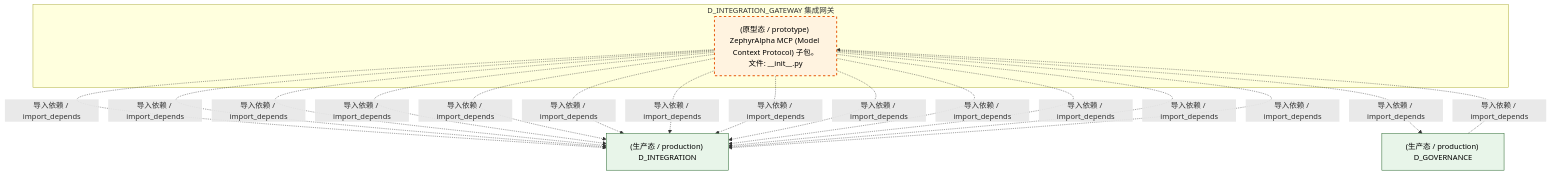
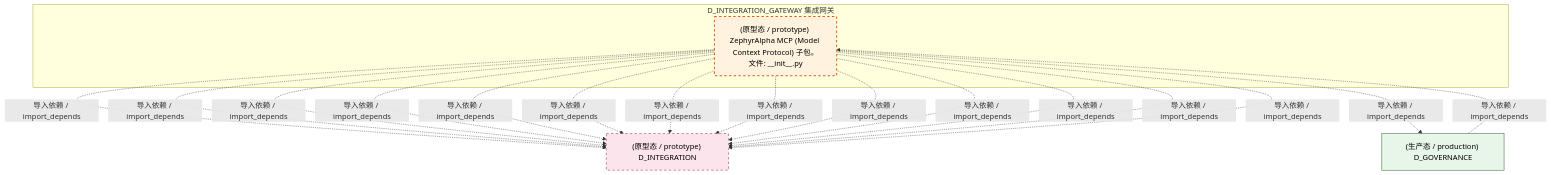
The third of 4 diagrams in docs/02_enterprise_architecture/02_domain_architecture_docs/19_d_integration_gateway.md (xuanFelixVan/ZephyrAlpha), drawn with Mermaid before and after one commit. The commit also changed other lines of this file and 126 other files, not shown here.

````diff
--- a/docs/02_enterprise_architecture/02_domain_architecture_docs/19_d_integration_gateway.md
+++ b/docs/02_enterprise_architecture/02_domain_architecture_docs/19_d_integration_gateway.md
@@ -124,29 +125,30 @@
 ```mermaid
 graph TD
     subgraph D_INTEGRATION_GATEWAY["D_INTEGRATION_GATEWAY 集成网关"]
         src_zephyr_integration_mcp_init_py["(原型态 / prototype) ZephyrAlpha MCP (Model Context Protocol) 子包。<br/>文件: __init__.py"]
     end
-    D_INTEGRATION["(生产态 / production) D_INTEGRATION"]
+    D_INTEGRATION["(原型态 / prototype) D_INTEGRATION"]
+    src_zephyr_integration_mcp_init_py -.->|导入依赖 / import_depends| D_INTEGRATION
+    src_zephyr_integration_mcp_init_py -.->|导入依赖 / import_depends| D_INTEGRATION
     src_zephyr_integration_mcp_init_py -.->|导入依赖 / import_depends| D_INTEGRATION
     D_GOVERNANCE["(生产态 / production) D_GOVERNANCE"]
     src_zephyr_integration_mcp_init_py -.->|导入依赖 / import_depends| D_GOVERNANCE
-    src_zephyr_integration_mcp_init_py -.->|导入依赖 / import_depends| D_INTEGRATION
-    src_zephyr_integration_mcp_init_py -.->|导入依赖 / import_depends| D_INTEGRATION
     src_zephyr_integration_mcp_init_py -.->|导入依赖 / import_depends| D_INTEGRATION
     src_zephyr_integration_mcp_init_py -.->|导入依赖 / import_depends| D_INTEGRATION
     src_zephyr_integration_mcp_init_py -.->|导入依赖 / import_depends| D_INTEGRATION
     src_zephyr_integration_mcp_init_py -.->|导入依赖 / import_depends| D_INTEGRATION
     src_zephyr_integration_mcp_init_py -.->|导入依赖 / import_depends| D_INTEGRATION
     src_zephyr_integration_mcp_init_py -.->|导入依赖 / import_depends| D_INTEGRATION
     src_zephyr_integration_mcp_init_py -.->|导入依赖 / import_depends| D_INTEGRATION
     src_zephyr_integration_mcp_init_py -.->|导入依赖 / import_depends| D_INTEGRATION
     src_zephyr_integration_mcp_init_py -.->|导入依赖 / import_depends| D_INTEGRATION
     src_zephyr_integration_mcp_init_py -.->|导入依赖 / import_depends| D_INTEGRATION
     D_GOVERNANCE -.->|导入依赖 / import_depends| src_zephyr_integration_mcp_init_py
     classDef production fill:#e1f5fe,stroke:#01579b,stroke-width:2px,color:#000
     classDef design fill:#fff3e0,stroke:#e65100,stroke-width:2px,color:#000,stroke-dasharray: 5 5
     classDef external_prod fill:#e8f5e9,stroke:#1b5e20,stroke-width:1px,color:#000
     classDef external_design fill:#fce4ec,stroke:#880e4f,stroke-width:1px,color:#000,stroke-dasharray: 5 5
     class src_zephyr_integration_mcp_init_py design
-    class D_INTEGRATION,D_GOVERNANCE external_prod
+    class D_GOVERNANCE external_prod
+    class D_INTEGRATION external_design
 ```
````
